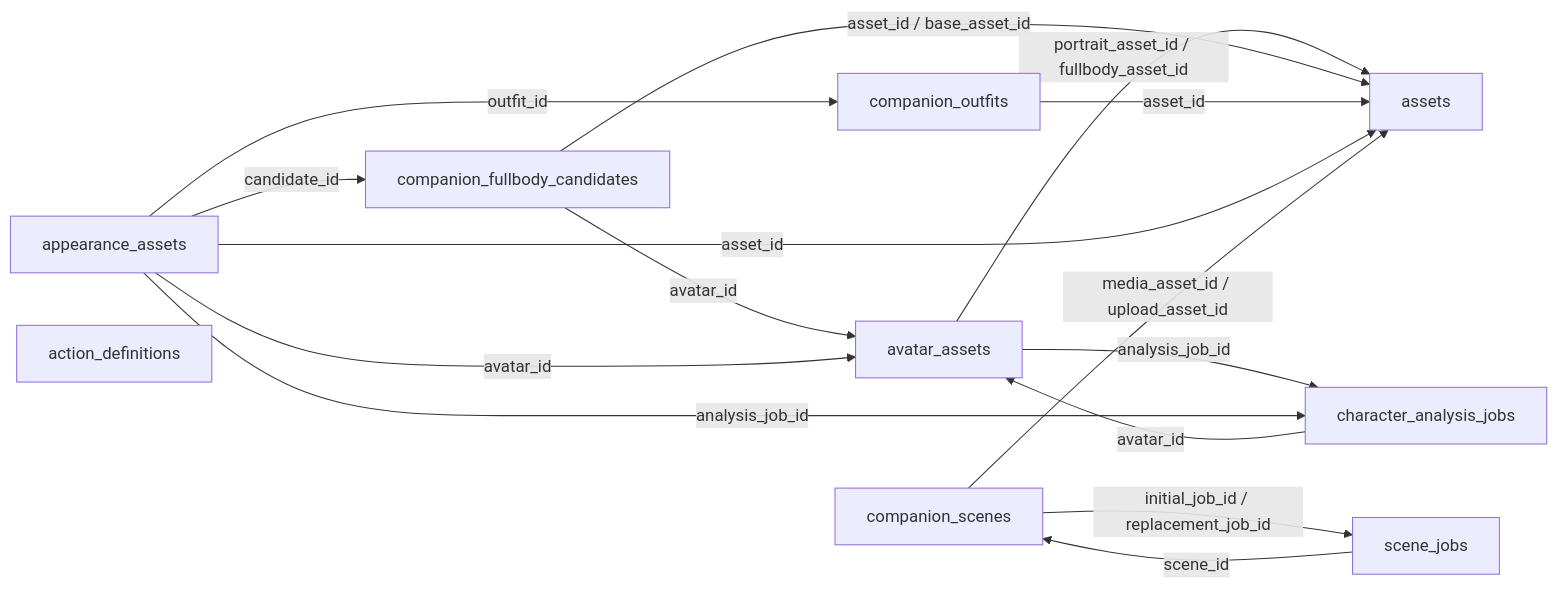
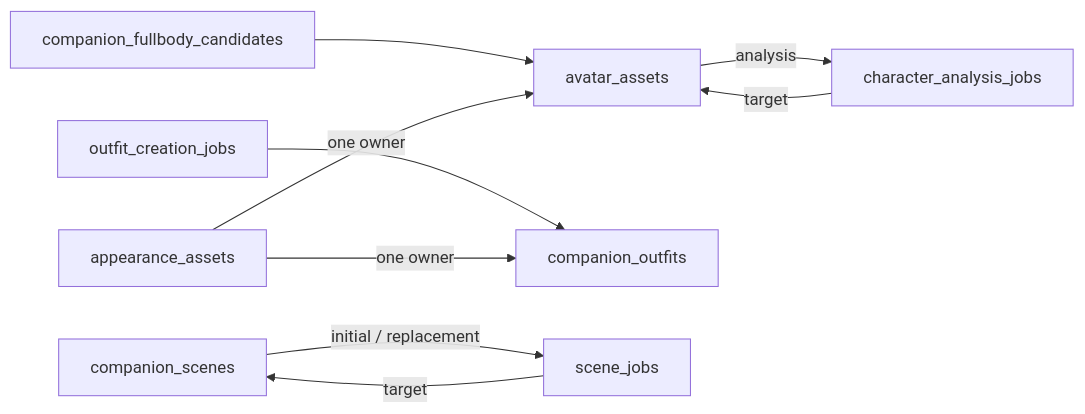
One commit to yangjinming1062/SpiritAgent changed the fourth of 8 diagrams in docs/DATABASE.md. Above: the diagram before and after it, drawn with Mermaid. The commit also changed other lines of this file and 36 other files, not shown here.

````diff
--- a/docs/DATABASE.md
+++ b/docs/DATABASE.md
@@ -87,18 +72,11 @@
 ```mermaid
 flowchart LR
-    avatar_assets -->|portrait_asset_id / fullbody_asset_id| assets
-    avatar_assets -->|analysis_job_id| character_analysis_jobs
-    character_analysis_jobs -->|avatar_id| avatar_assets
-    companion_fullbody_candidates -->|avatar_id| avatar_assets
-    companion_fullbody_candidates -->|asset_id / base_asset_id| assets
-    companion_outfits -->|asset_id| assets
-    appearance_assets -->|avatar_id| avatar_assets
-    appearance_assets -->|outfit_id| companion_outfits
-    appearance_assets -->|candidate_id| companion_fullbody_candidates
-    appearance_assets -->|analysis_job_id| character_analysis_jobs
-    appearance_assets -->|asset_id| assets
-    companion_scenes -->|media_asset_id / upload_asset_id| assets
-    companion_scenes -->|initial_job_id / replacement_job_id| scene_jobs
-    scene_jobs -->|scene_id| companion_scenes
-    action_definitions
+    avatar_assets -->|analysis| character_analysis_jobs
+    character_analysis_jobs -->|target| avatar_assets
+    companion_fullbody_candidates --> avatar_assets
+    outfit_creation_jobs --> companion_outfits
+    appearance_assets -->|one owner| avatar_assets
+    appearance_assets -->|one owner| companion_outfits
+    companion_scenes -->|initial / replacement| scene_jobs
+    scene_jobs -->|target| companion_scenes
 ```
````
